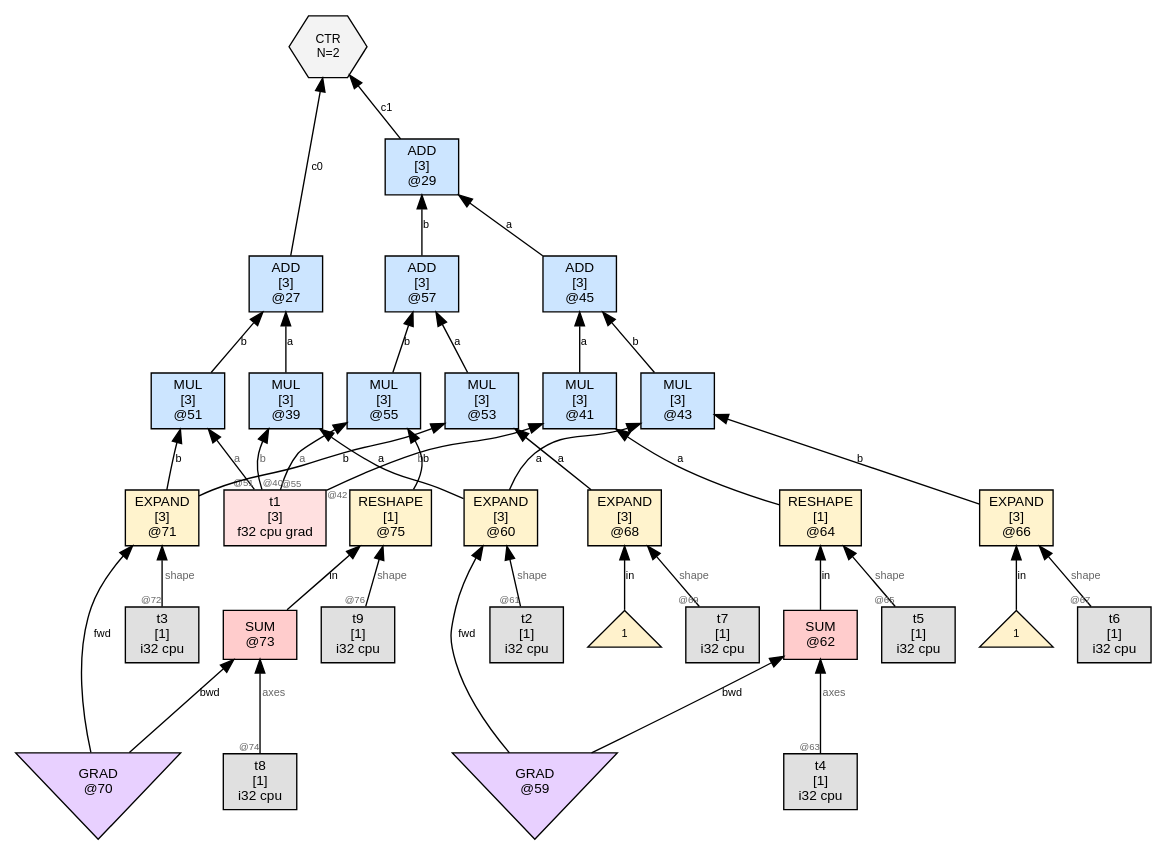
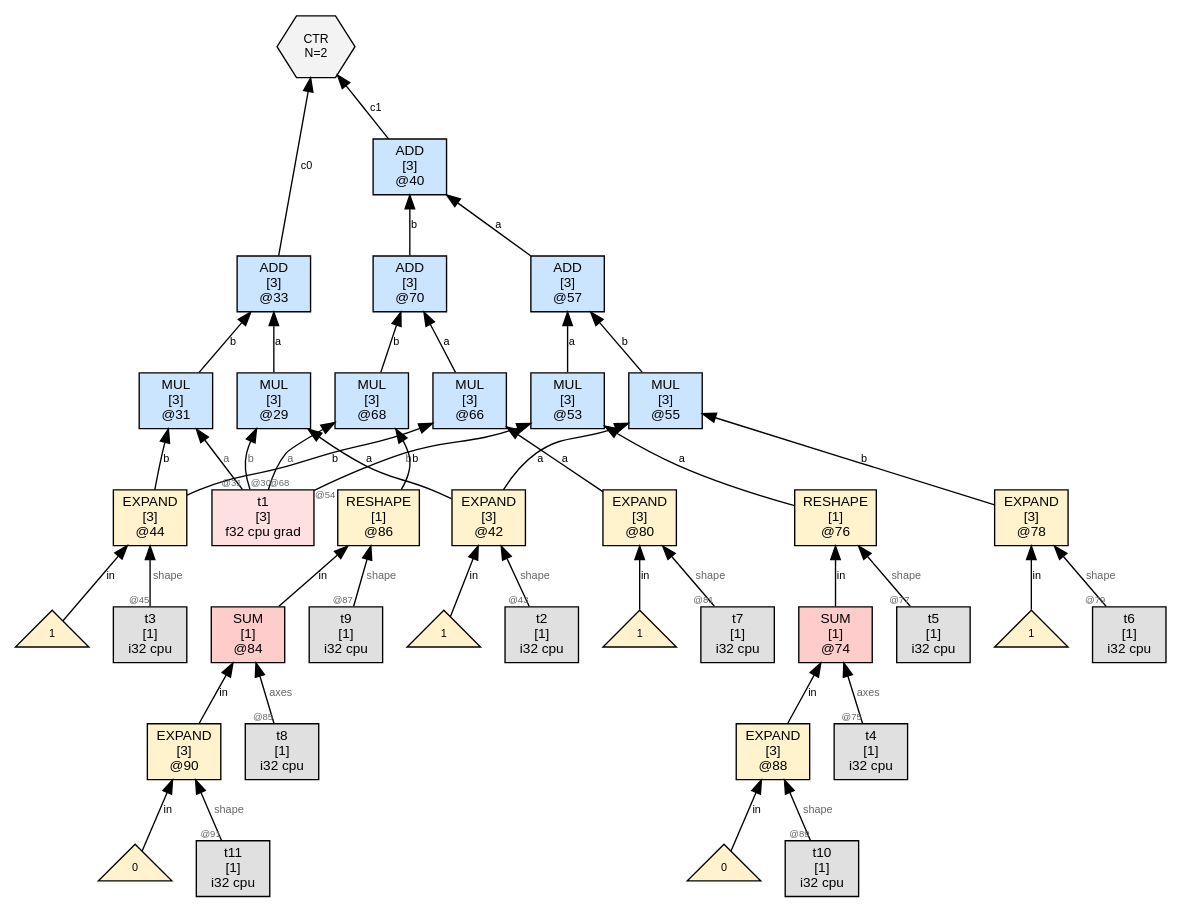
Before and after one commit to sw1sh/TinyHVM: the diagram in wl/examples/thvm_graphs/grad_rules/second_derivative/thvm_2_post_sweep.dot, drawn with Graphviz. The commit also changed 7 other files, not shown here.

First line of the commit message:
grad: UOP_GRAD2 NUM-constant rule + migrate second_derivative test

```diff
--- a/wl/examples/thvm_graphs/grad_rules/second_derivative/thvm_2_post_sweep.dot
+++ b/wl/examples/thvm_graphs/grad_rules/second_derivative/thvm_2_post_sweep.dot
@@ -1,76 +1,86 @@
 digraph G {
   rankdir=BT;
   node [fontname="Helvetica", fontsize=10, style=filled, shape=box, margin="0.1,0.05"];
   edge [fontsize=8, fontname="Helvetica"];
 
-  n27 [label="ADD\n[3]\n@27", shape=box, fillcolor="#cce5ff"];
-  n39 -> n27 [label="a"];
-  n51 -> n27 [label="b"];
-  n29 [label="ADD\n[3]\n@29", shape=box, fillcolor="#cce5ff"];
-  n45 -> n29 [label="a"];
-  n57 -> n29 [label="b"];
-  ctr10 [label="CTR\nN=2", shape=hexagon, fillcolor="#f3f3f3", fontsize=9];
-  n27 -> ctr10 [label="c0"];
-  n29 -> ctr10 [label="c1"];
-  n39 [label="MUL\n[3]\n@39", shape=box, fillcolor="#cce5ff"];
-  n60 -> n39 [label="a"];
+  n33 [label="ADD\n[3]\n@33", shape=box, fillcolor="#cce5ff"];
+  n29 -> n33 [label="a"];
+  n31 -> n33 [label="b"];
+  n40 [label="ADD\n[3]\n@40", shape=box, fillcolor="#cce5ff"];
+  n57 -> n40 [label="a"];
+  n70 -> n40 [label="b"];
+  ctr11 [label="CTR\nN=2", shape=hexagon, fillcolor="#f3f3f3", fontsize=9];
+  n33 -> ctr11 [label="c0"];
+  n40 -> ctr11 [label="c1"];
+  n42 [label="EXPAND\n[3]\n@42", shape=box, fillcolor="#fff3cd"];
+  num42_0 [label="1",shape=triangle,fillcolor="#fff2cc",fontsize=8];
+  num42_0 -> n42 [label="in"];
+  t2 [label="t2\n[1]\ni32 cpu",shape=box,fillcolor="#e0e0e0"];
+  t2 -> n42 [label="shape",taillabel="@43",labelfontsize=7,fontcolor="#666666"];
+  n44 [label="EXPAND\n[3]\n@44", shape=box, fillcolor="#fff3cd"];
+  num44_0 [label="1",shape=triangle,fillcolor="#fff2cc",fontsize=8];
+  num44_0 -> n44 [label="in"];
+  t3 [label="t3\n[1]\ni32 cpu",shape=box,fillcolor="#e0e0e0"];
+  t3 -> n44 [label="shape",taillabel="@45",labelfontsize=7,fontcolor="#666666"];
+  n29 [label="MUL\n[3]\n@29", shape=box, fillcolor="#cce5ff"];
+  n42 -> n29 [label="a"];
   t1 [label="t1\n[3]\nf32 cpu grad",shape=box,fillcolor="#ffe0e0"];
-  t1 -> n39 [label="b",taillabel="@40",labelfontsize=7,fontcolor="#666666"];
-  n51 [label="MUL\n[3]\n@51", shape=box, fillcolor="#cce5ff"];
-  t1 -> n51 [label="a",taillabel="@51",labelfontsize=7,fontcolor="#666666"];
-  n71 -> n51 [label="b"];
-  n45 [label="ADD\n[3]\n@45", shape=box, fillcolor="#cce5ff"];
-  n41 -> n45 [label="a"];
-  n43 -> n45 [label="b"];
+  t1 -> n29 [label="b",taillabel="@30",labelfontsize=7,fontcolor="#666666"];
+  n31 [label="MUL\n[3]\n@31", shape=box, fillcolor="#cce5ff"];
+  t1 -> n31 [label="a",taillabel="@31",labelfontsize=7,fontcolor="#666666"];
+  n44 -> n31 [label="b"];
   n57 [label="ADD\n[3]\n@57", shape=box, fillcolor="#cce5ff"];
   n53 -> n57 [label="a"];
   n55 -> n57 [label="b"];
-  n60 [label="EXPAND\n[3]\n@60", shape=box, fillcolor="#fff3cd"];
-  grad59 [label="GRAD\n@59", shape=invtriangle, fillcolor="#e8d0ff"];
-  grad59 -> n60 [label="fwd"];
-  t2 [label="t2\n[1]\ni32 cpu",shape=box,fillcolor="#e0e0e0"];
-  t2 -> n60 [label="shape",taillabel="@61",labelfontsize=7,fontcolor="#666666"];
-  n64 [label="RESHAPE\n[1]\n@64", shape=box, fillcolor="#fff3cd"];
-  n62 -> n64 [label="in"];
+  n70 [label="ADD\n[3]\n@70", shape=box, fillcolor="#cce5ff"];
+  n66 -> n70 [label="a"];
+  n68 -> n70 [label="b"];
+  n76 [label="RESHAPE\n[1]\n@76", shape=box, fillcolor="#fff3cd"];
+  n74 -> n76 [label="in"];
   t5 [label="t5\n[1]\ni32 cpu",shape=box,fillcolor="#e0e0e0"];
-  t5 -> n64 [label="shape",taillabel="@65",labelfontsize=7,fontcolor="#666666"];
-  n66 [label="EXPAND\n[3]\n@66", shape=box, fillcolor="#fff3cd"];
-  num66_0 [label="1",shape=triangle,fillcolor="#fff2cc",fontsize=8];
-  num66_0 -> n66 [label="in"];
+  t5 -> n76 [label="shape",taillabel="@77",labelfontsize=7,fontcolor="#666666"];
+  n78 [label="EXPAND\n[3]\n@78", shape=box, fillcolor="#fff3cd"];
+  num78_0 [label="1",shape=triangle,fillcolor="#fff2cc",fontsize=8];
+  num78_0 -> n78 [label="in"];
   t6 [label="t6\n[1]\ni32 cpu",shape=box,fillcolor="#e0e0e0"];
-  t6 -> n66 [label="shape",taillabel="@67",labelfontsize=7,fontcolor="#666666"];
-  n41 [label="MUL\n[3]\n@41", shape=box, fillcolor="#cce5ff"];
-  n64 -> n41 [label="a"];
-  t1 -> n41 [label="b",taillabel="@42",labelfontsize=7,fontcolor="#666666"];
-  n43 [label="MUL\n[3]\n@43", shape=box, fillcolor="#cce5ff"];
-  n60 -> n43 [label="a"];
-  n66 -> n43 [label="b"];
-  n71 [label="EXPAND\n[3]\n@71", shape=box, fillcolor="#fff3cd"];
-  grad70 [label="GRAD\n@70", shape=invtriangle, fillcolor="#e8d0ff"];
-  grad70 -> n71 [label="fwd"];
-  t3 [label="t3\n[1]\ni32 cpu",shape=box,fillcolor="#e0e0e0"];
-  t3 -> n71 [label="shape",taillabel="@72",labelfontsize=7,fontcolor="#666666"];
-  n68 [label="EXPAND\n[3]\n@68", shape=box, fillcolor="#fff3cd"];
-  num68_0 [label="1",shape=triangle,fillcolor="#fff2cc",fontsize=8];
-  num68_0 -> n68 [label="in"];
+  t6 -> n78 [label="shape",taillabel="@79",labelfontsize=7,fontcolor="#666666"];
+  n53 [label="MUL\n[3]\n@53", shape=box, fillcolor="#cce5ff"];
+  n76 -> n53 [label="a"];
+  t1 -> n53 [label="b",taillabel="@54",labelfontsize=7,fontcolor="#666666"];
+  n55 [label="MUL\n[3]\n@55", shape=box, fillcolor="#cce5ff"];
+  n42 -> n55 [label="a"];
+  n78 -> n55 [label="b"];
+  n80 [label="EXPAND\n[3]\n@80", shape=box, fillcolor="#fff3cd"];
+  num80_0 [label="1",shape=triangle,fillcolor="#fff2cc",fontsize=8];
+  num80_0 -> n80 [label="in"];
   t7 [label="t7\n[1]\ni32 cpu",shape=box,fillcolor="#e0e0e0"];
-  t7 -> n68 [label="shape",taillabel="@69",labelfontsize=7,fontcolor="#666666"];
-  n75 [label="RESHAPE\n[1]\n@75", shape=box, fillcolor="#fff3cd"];
-  n73 -> n75 [label="in"];
+  t7 -> n80 [label="shape",taillabel="@81",labelfontsize=7,fontcolor="#666666"];
+  n86 [label="RESHAPE\n[1]\n@86", shape=box, fillcolor="#fff3cd"];
+  n84 -> n86 [label="in"];
   t9 [label="t9\n[1]\ni32 cpu",shape=box,fillcolor="#e0e0e0"];
-  t9 -> n75 [label="shape",taillabel="@76",labelfontsize=7,fontcolor="#666666"];
-  n53 [label="MUL\n[3]\n@53", shape=box, fillcolor="#cce5ff"];
-  n68 -> n53 [label="a"];
-  n71 -> n53 [label="b"];
-  n55 [label="MUL\n[3]\n@55", shape=box, fillcolor="#cce5ff"];
-  t1 -> n55 [label="a",taillabel="@55",labelfontsize=7,fontcolor="#666666"];
-  n75 -> n55 [label="b"];
-  n62 [label="SUM\n@62", shape=box, fillcolor="#ffcccc"];
-  grad59 -> n62 [label="bwd"];
+  t9 -> n86 [label="shape",taillabel="@87",labelfontsize=7,fontcolor="#666666"];
+  n66 [label="MUL\n[3]\n@66", shape=box, fillcolor="#cce5ff"];
+  n80 -> n66 [label="a"];
+  n44 -> n66 [label="b"];
+  n68 [label="MUL\n[3]\n@68", shape=box, fillcolor="#cce5ff"];
+  t1 -> n68 [label="a",taillabel="@68",labelfontsize=7,fontcolor="#666666"];
+  n86 -> n68 [label="b"];
+  n88 [label="EXPAND\n[3]\n@88", shape=box, fillcolor="#fff3cd"];
+  num88_0 [label="0",shape=triangle,fillcolor="#fff2cc",fontsize=8];
+  num88_0 -> n88 [label="in"];
+  t10 [label="t10\n[1]\ni32 cpu",shape=box,fillcolor="#e0e0e0"];
+  t10 -> n88 [label="shape",taillabel="@89",labelfontsize=7,fontcolor="#666666"];
+  n74 [label="SUM\n[1]\n@74", shape=box, fillcolor="#ffcccc"];
+  n88 -> n74 [label="in"];
   t4 [label="t4\n[1]\ni32 cpu",shape=box,fillcolor="#e0e0e0"];
-  t4 -> n62 [label="axes",taillabel="@63",labelfontsize=7,fontcolor="#666666"];
-  n73 [label="SUM\n@73", shape=box, fillcolor="#ffcccc"];
-  grad70 -> n73 [label="bwd"];
+  t4 -> n74 [label="axes",taillabel="@75",labelfontsize=7,fontcolor="#666666"];
+  n90 [label="EXPAND\n[3]\n@90", shape=box, fillcolor="#fff3cd"];
+  num90_0 [label="0",shape=triangle,fillcolor="#fff2cc",fontsize=8];
+  num90_0 -> n90 [label="in"];
+  t11 [label="t11\n[1]\ni32 cpu",shape=box,fillcolor="#e0e0e0"];
+  t11 -> n90 [label="shape",taillabel="@91",labelfontsize=7,fontcolor="#666666"];
+  n84 [label="SUM\n[1]\n@84", shape=box, fillcolor="#ffcccc"];
+  n90 -> n84 [label="in"];
   t8 [label="t8\n[1]\ni32 cpu",shape=box,fillcolor="#e0e0e0"];
-  t8 -> n73 [label="axes",taillabel="@74",labelfontsize=7,fontcolor="#666666"];
+  t8 -> n84 [label="axes",taillabel="@85",labelfontsize=7,fontcolor="#666666"];
 }
```
